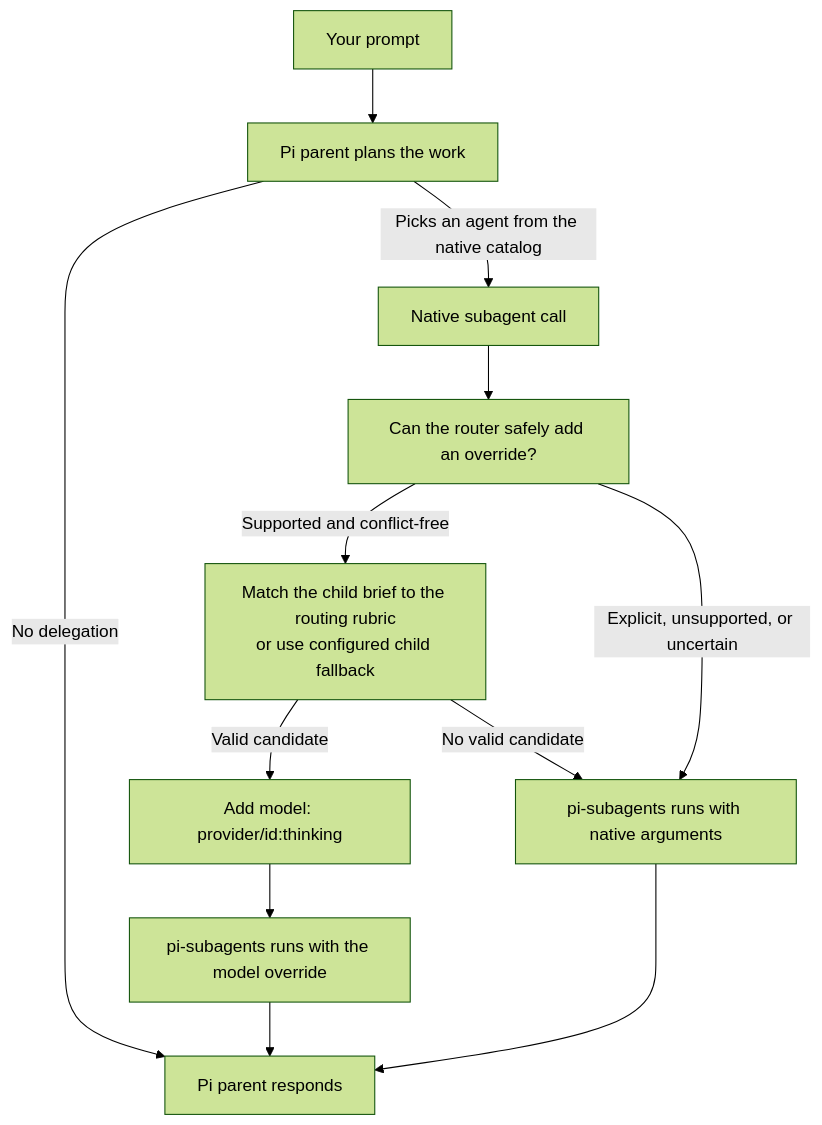
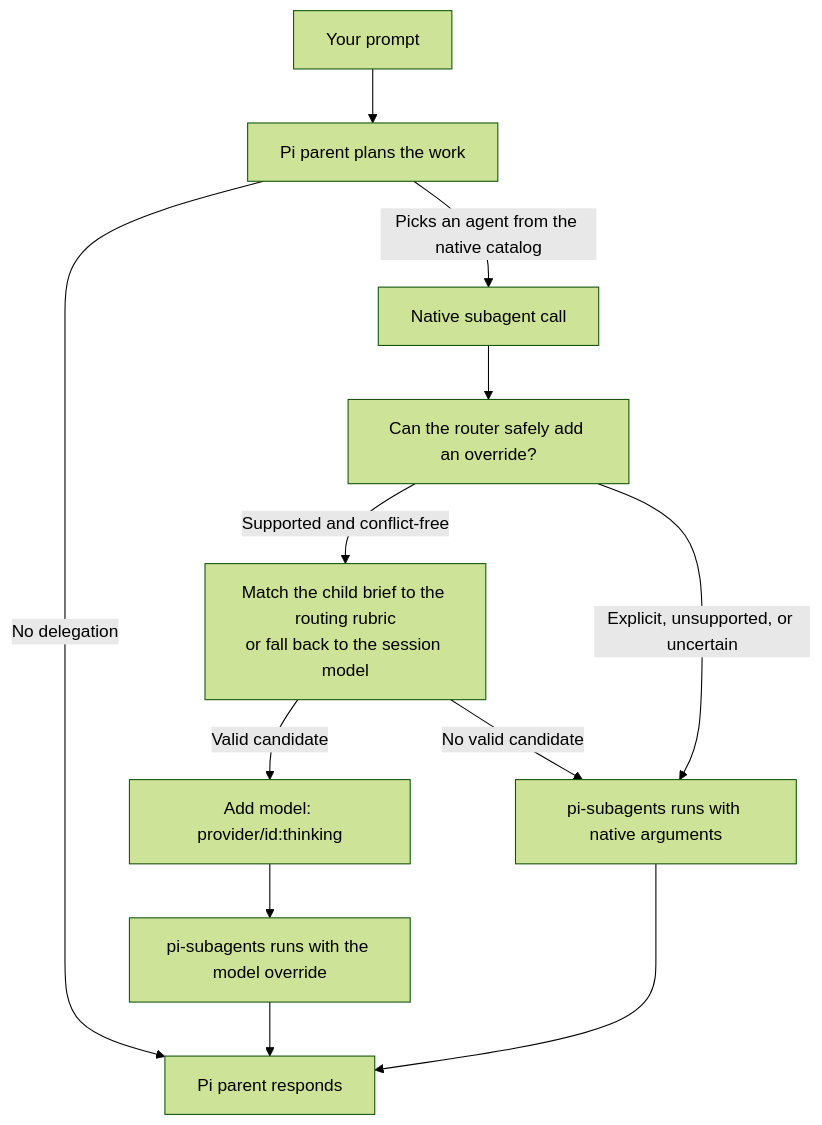
Before and after one commit to vichu/pi-subagent-model-router: the diagram in README.md, drawn with Mermaid (forest theme). The commit also changed other lines of this file and 3 other files, not shown here.

````diff
--- a/README.md
+++ b/README.md
@@ -5,17 +5,17 @@
 ```mermaid
 flowchart TD
     accTitle: Native subagent model routing
     accDescr: Pi decides whether to delegate and picks a persona from the native catalog. The router checks a direct subagent call before execution. It adds a model and thinking override only for a supported, conflict-free call. Otherwise pi-subagents receives the original arguments.
 
     prompt["Your prompt"] --> parent["Pi parent plans the work"];
     parent -->|"No delegation"| answer["Pi parent responds"];
     parent -->|"Picks an agent from the native catalog"| agent_call["Native subagent call"];
     agent_call --> check["Can the router safely add an override?"];
-    check -->|"Supported and conflict-free"| classify["Match the child brief to the routing rubric<br/>or use configured child fallback"];
+    check -->|"Supported and conflict-free"| classify["Match the child brief to the routing rubric<br/>or fall back to the session model"];
     classify -->|"Valid candidate"| override["Add model: provider/id:thinking"];
     classify -->|"No valid candidate"| native["pi-subagents runs with native arguments"];
     check -->|"Explicit, unsupported, or uncertain"| native;
     override --> routed["pi-subagents runs with the model override"];
     native --> answer;
     routed --> answer;
 ```
````
